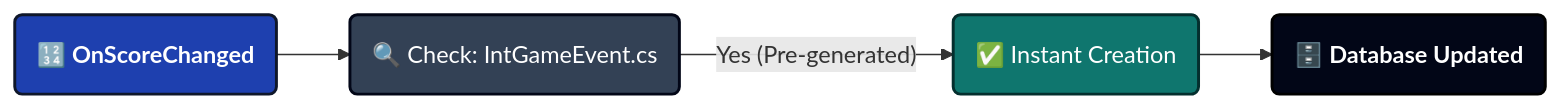
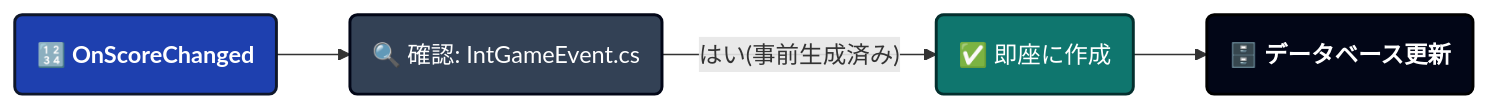
Before and after one commit to tinygiants-tech/TinyGiants: the second of 4 diagrams in i18n/ja/docusaurus-plugin-content-docs/current/game-event-system/visual-workflow/game-event-creator.md, drawn with Mermaid. The commit also changed other lines of this file and 81 other files, not shown here.

````diff
--- a/i18n/ja/docusaurus-plugin-content-docs/current/game-event-system/visual-workflow/game-event-creator.md
+++ b/i18n/ja/docusaurus-plugin-content-docs/current/game-event-system/visual-workflow/game-event-creator.md
@@ -286,14 +284,14 @@
 ```mermaid
 graph LR
 
     classDef event fill:#1e40af,stroke:#0f172a,stroke-width:2px,color:#ffffff,font-weight:bold
     classDef decision fill:#334155,stroke:#020617,stroke-width:2px,color:#ffffff
     classDef success fill:#0f766e,stroke:#042f2e,stroke-width:2px,color:#ffffff
     classDef system fill:#020617,stroke:#000000,stroke-width:2px,color:#ffffff,font-weight:bold
 
-    A(🔢 OnScoreChanged <int>):::event --> B(🔍 Check: IntGameEvent.cs):::decision
+    A(🔢 OnScoreChanged <int>):::event --> B(🔍 確認: IntGameEvent.cs):::decision
     
-    B -- "Yes (Pre-generated)" --> C(✅ Instant Creation):::success
+    B -- "はい(事前生成済み)" --> C(✅ 即座に作成):::success
     
-    C --> D(🗄️ Database Updated):::system
+    C --> D(🗄️ データベース更新):::system
 ```
````
